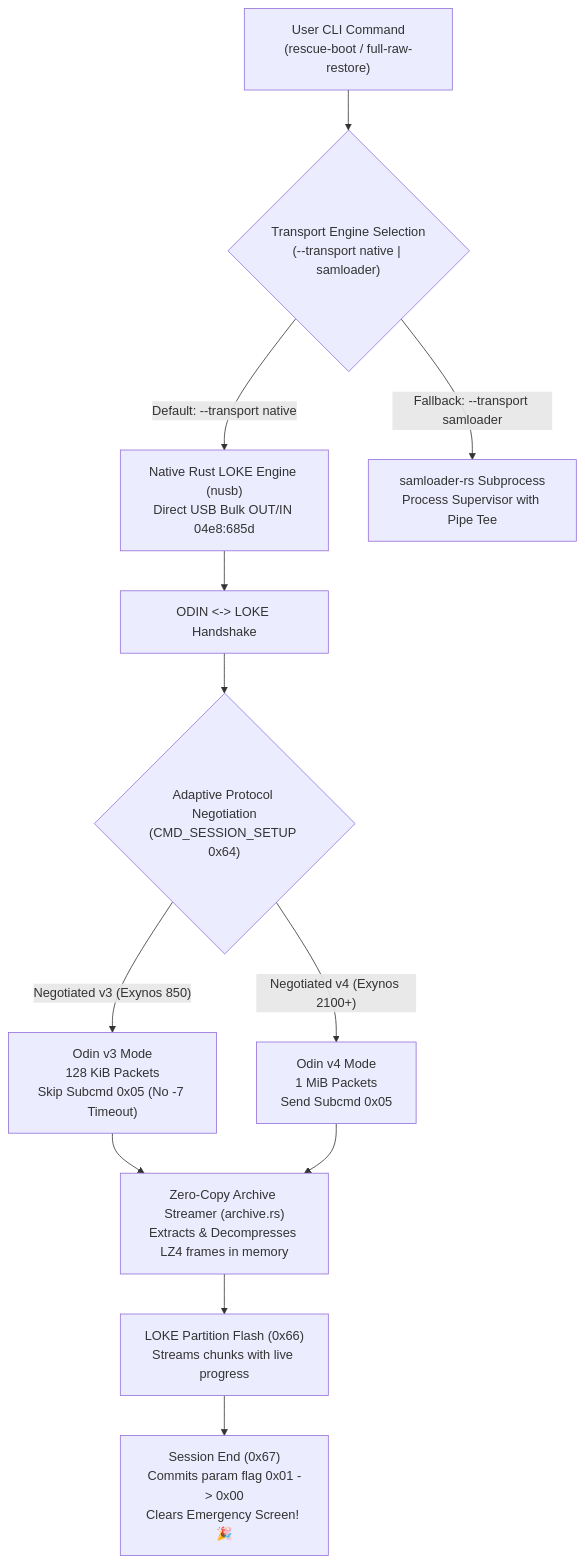
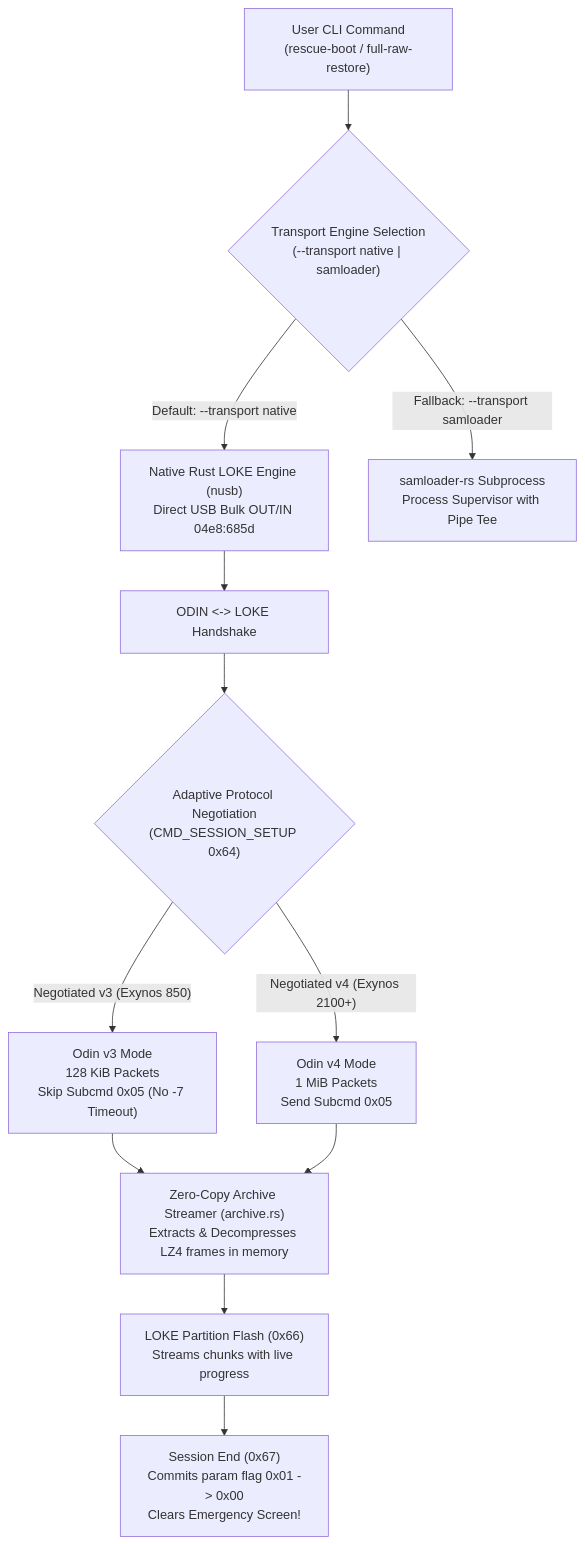
Before and after one commit to rebeeh/exynos-loke-rescue: the diagram in README.md, drawn with Mermaid. The commit also changed other lines of this file and 5 other files, not shown here.

````diff
--- a/README.md
+++ b/README.md
@@ -99,19 +99,19 @@
 ```mermaid
 flowchart TD
     User["User CLI Command\n(rescue-boot / full-raw-restore)"] --> EngineChoice{"Transport Engine Selection\n(--transport native | samloader)"}
 
     EngineChoice -->|"Default: --transport native"| NativeEngine["Native Rust LOKE Engine (nusb)\nDirect USB Bulk OUT/IN 04e8:685d"]
     EngineChoice -->|"Fallback: --transport samloader"| SamloaderEngine["samloader-rs Subprocess\nProcess Supervisor with Pipe Tee"]
 
     NativeEngine --> Handshake["ODIN <-> LOKE Handshake"]
     Handshake --> ProtoDetect{"Adaptive Protocol Negotiation\n(CMD_SESSION_SETUP 0x64)"}
     
     ProtoDetect -->|"Negotiated v3 (Exynos 850)"| OdinV3["Odin v3 Mode\n128 KiB Packets\nSkip Subcmd 0x05 (No -7 Timeout)"]
     ProtoDetect -->|"Negotiated v4 (Exynos 2100+)"| OdinV4["Odin v4 Mode\n1 MiB Packets\nSend Subcmd 0x05"]
 
     OdinV3 --> Streamer["Zero-Copy Archive Streamer (archive.rs)\nExtracts & Decompresses LZ4 frames in memory"]
     OdinV4 --> Streamer
 
     Streamer --> FlashLoop["LOKE Partition Flash (0x66)\nStreams chunks with live progress"]
-    FlashLoop --> SessionClose["Session End (0x67)\nCommits param flag 0x01 -> 0x00\nClears Emergency Screen! 🎉"]
+    FlashLoop --> SessionClose["Session End (0x67)\nCommits param flag 0x01 -> 0x00\nClears Emergency Screen!"]
 ```
````
